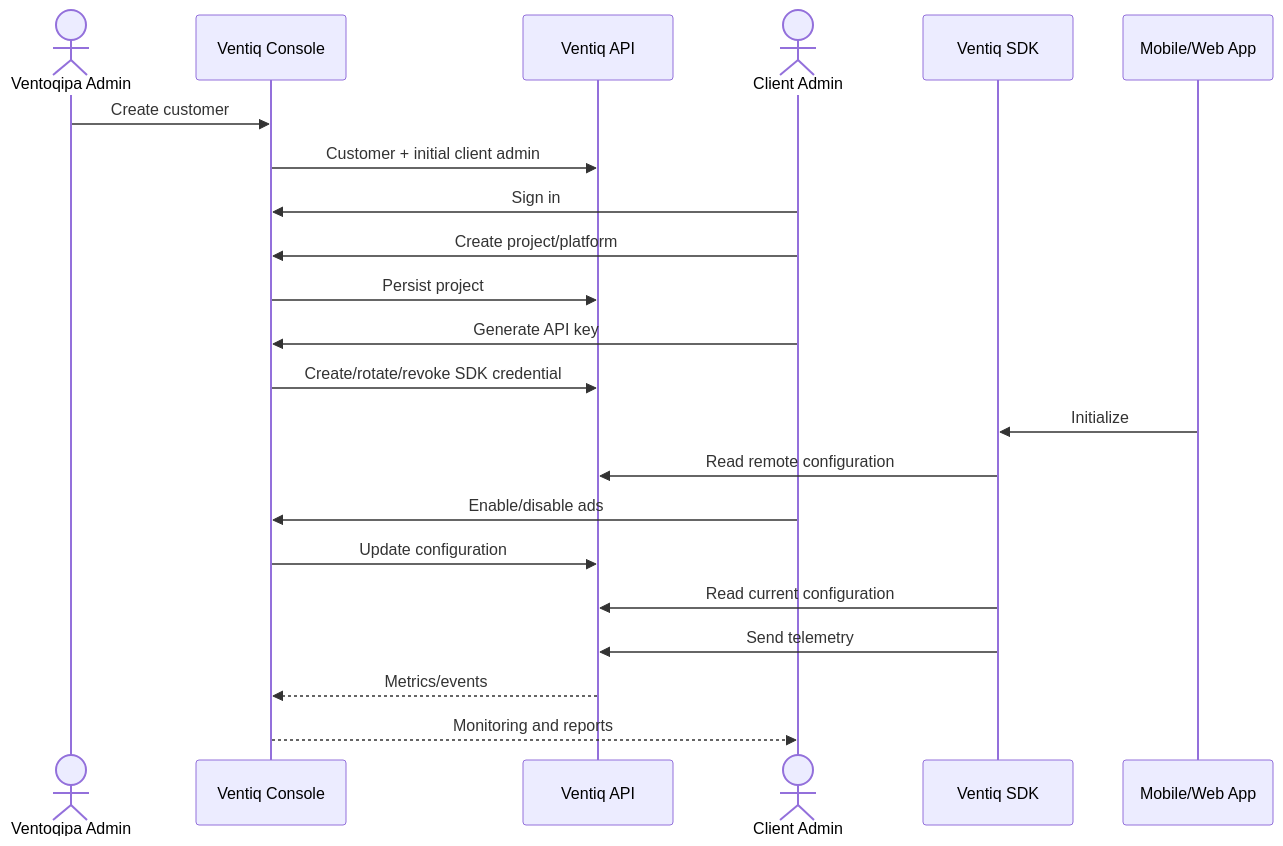
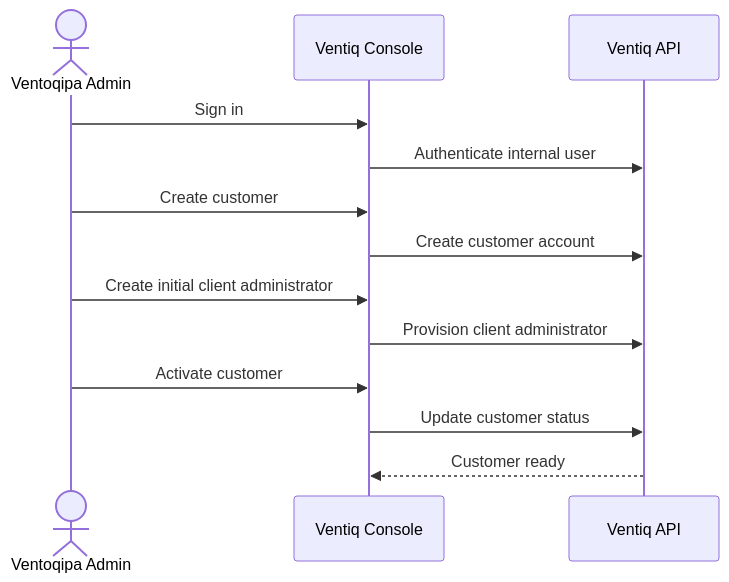
One commit to Ventoqipa/ventiq_console changed the first of 2 diagrams in docs/product/PRODUCT_FLOW.md. Above: the diagram before and after it, drawn with Mermaid. The commit also changed other lines of this file, not shown here.

Commit message:
refactor: scope console to internal administration

````diff
--- a/docs/product/PRODUCT_FLOW.md
+++ b/docs/product/PRODUCT_FLOW.md
@@ -12,25 +11,16 @@
 ```mermaid
 sequenceDiagram
   actor VA as Ventoqipa Admin
   participant C as Ventiq Console
   participant API as Ventiq API
-  actor CA as Client Admin
-  participant SDK as Ventiq SDK
-  participant APP as Mobile/Web App
 
+  VA->>C: Sign in
+  C->>API: Authenticate internal user
   VA->>C: Create customer
-  C->>API: Customer + initial client admin
-  CA->>C: Sign in
-  CA->>C: Create project/platform
-  C->>API: Persist project
-  CA->>C: Generate API key
-  C->>API: Create/rotate/revoke SDK credential
-  APP->>SDK: Initialize
-  SDK->>API: Read remote configuration
-  CA->>C: Enable/disable ads
-  C->>API: Update configuration
-  SDK->>API: Read current configuration
-  SDK->>API: Send telemetry
-  API-->>C: Metrics/events
-  C-->>CA: Monitoring and reports
+  C->>API: Create customer account
+  VA->>C: Create initial client administrator
+  C->>API: Provision client administrator
+  VA->>C: Activate customer
+  C->>API: Update customer status
+  API-->>C: Customer ready
 ```
````
